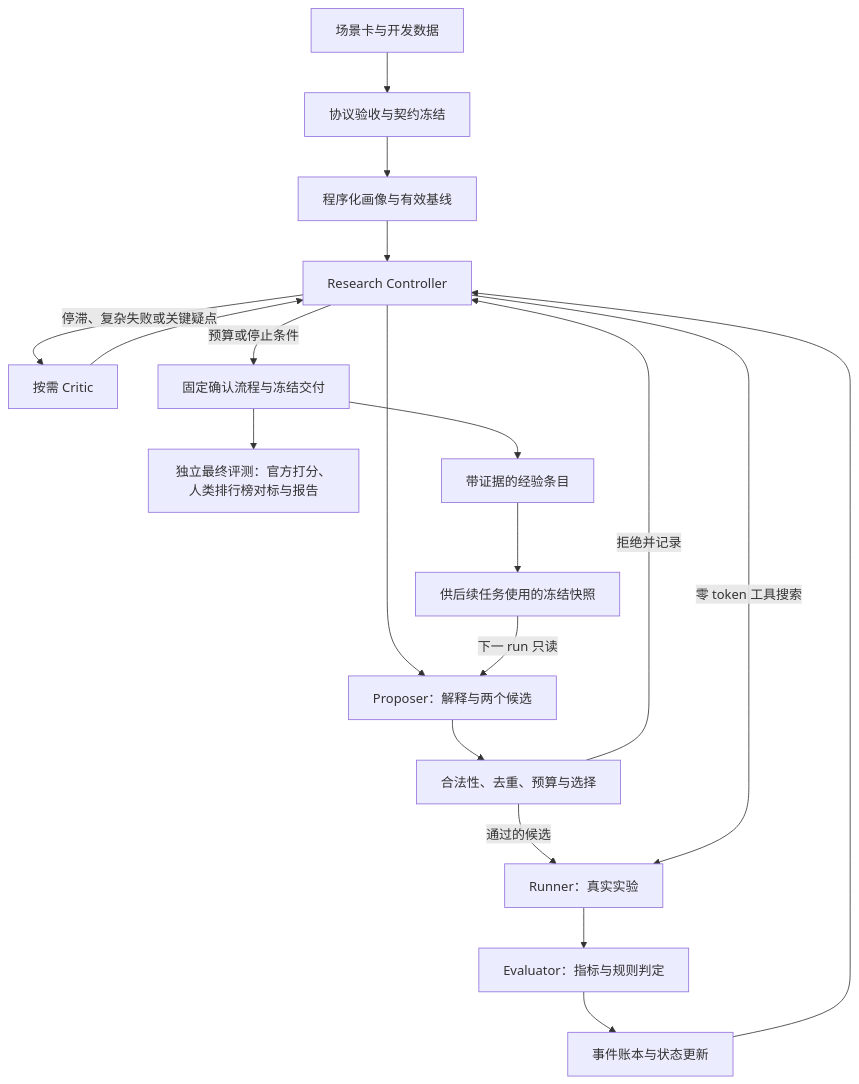
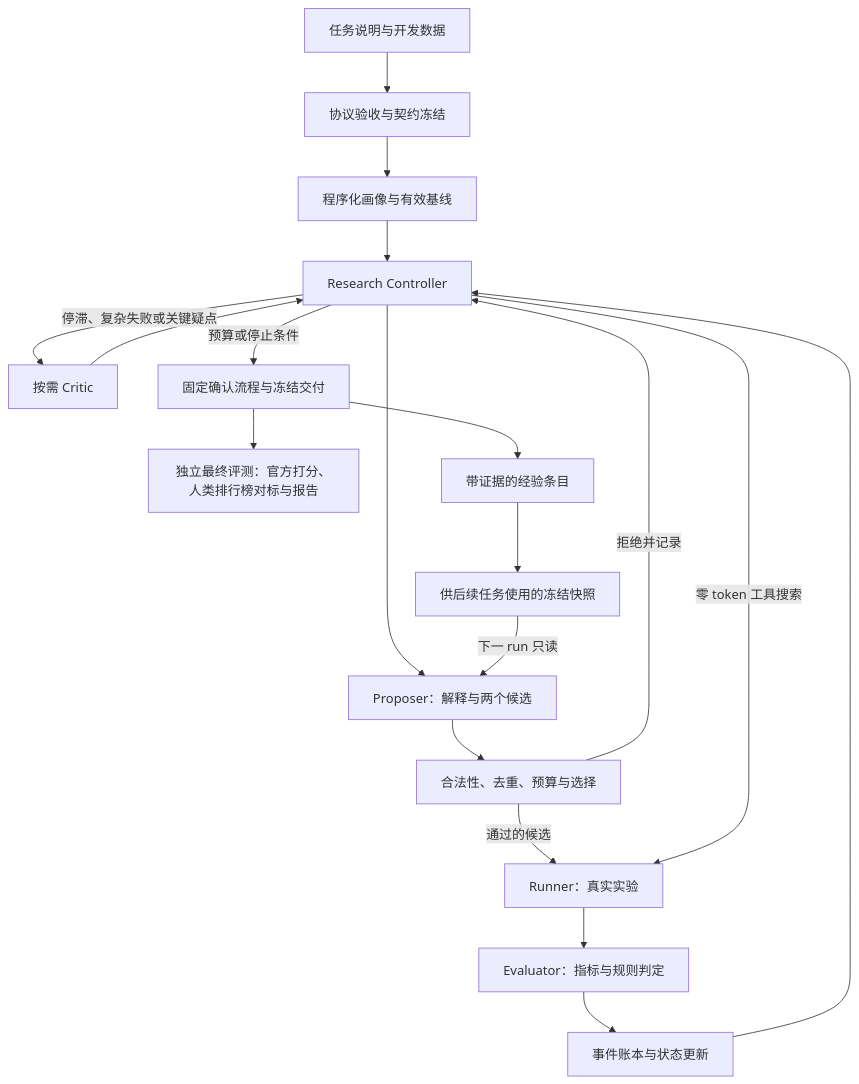
One commit to Luna805/bohack-research-agent changed the diagram in BoHack2026_Research_Agent_最终方案_v3.md. Above: the diagram before and after it, drawn with Mermaid. The commit also changed other lines of this file and 12 other files, not shown here.

````diff
--- a/BoHack2026_Research_Agent_最终方案_v3.md
+++ b/BoHack2026_Research_Agent_最终方案_v3.md
@@ -156,21 +156,21 @@
 ```mermaid
 flowchart TD
-    A[场景卡与开发数据] --> B[协议验收与契约冻结]
+    A[任务说明与开发数据] --> B[协议验收与契约冻结]
     B --> C[程序化画像与有效基线]
     C --> D[Research Controller]
     D --> E[Proposer：解释与两个候选]
     E --> F[合法性、去重、预算与选择]
     F -->|通过的候选| G[Runner：真实实验]
     F -->|拒绝并记录| D
     D -->|零 token 工具搜索| G
     G --> H[Evaluator：指标与规则判定]
     H --> I[事件账本与状态更新]
     I --> D
     D -->|停滞、复杂失败或关键疑点| J[按需 Critic]
     J --> D
     D -->|预算或停止条件| K[固定确认流程与冻结交付]
     K --> L[独立最终评测：官方打分、人类排行榜对标与报告]
     K --> M[带证据的经验条目]
     M --> N[供后续任务使用的冻结快照]
     N -->|下一 run 只读| E
 ```
````
